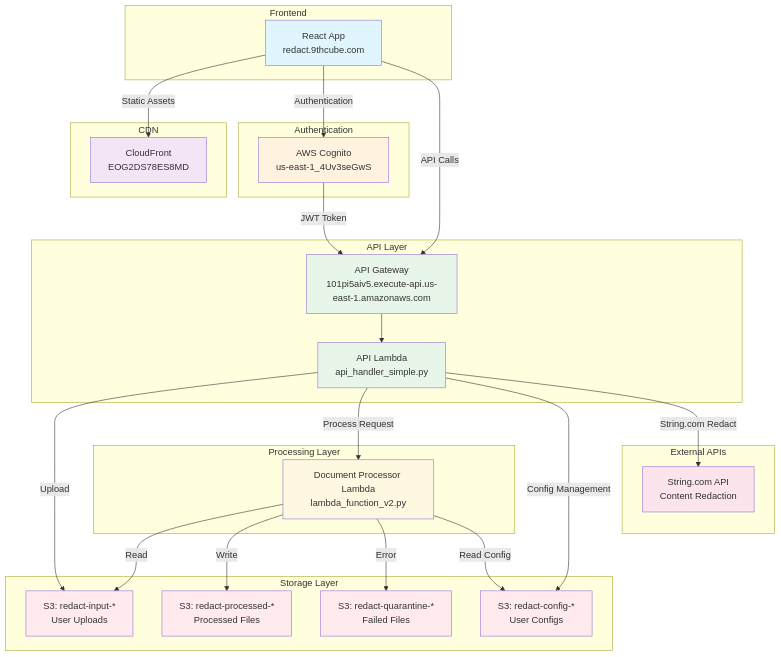
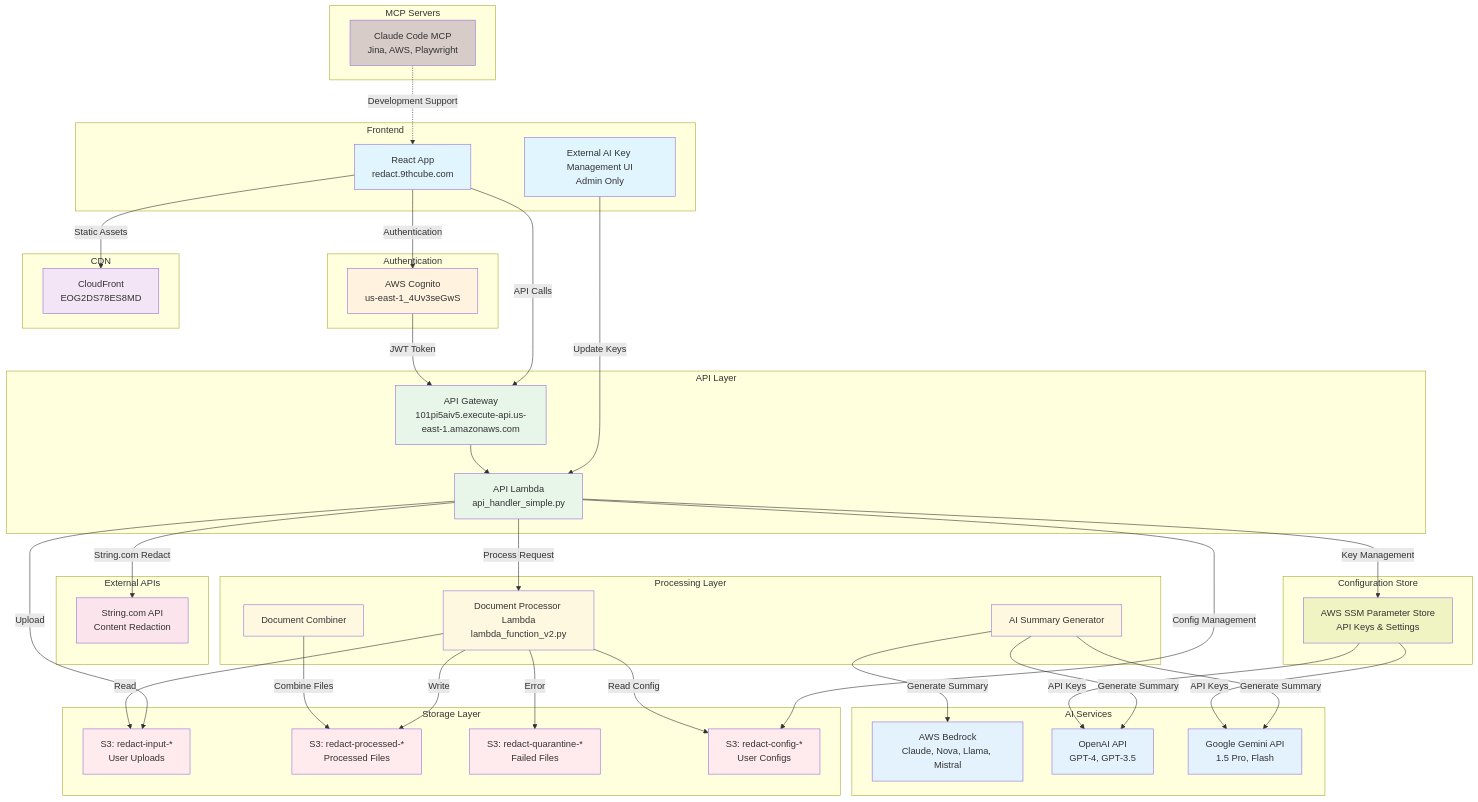
One commit to polcn/redact changed the diagram in architecture-diagram.mmd. Above: the diagram before and after it, drawn with Mermaid. The commit also changed 2 other files, not shown here.

Commit message:
feat: Update architecture diagrams with latest features
- Updated main architecture diagram to include:
  - External AI Key Management UI
  - AI Services (Bedrock, OpenAI, Gemini)
  - AWS SSM Parameter Store for secure key storage
  - MCP Servers for development support
  - AI Summary Generator and Document Combiner components

- Created detailed architecture diagram showing:
  - Complete user flow through all UI components
  - Detailed Lambda function components
  - All AI model options across providers
  - Security and configuration management
  - Monitoring and logging infrastructure
  - Development tools integration

- Updated README to reference both architecture diagrams

🤖 Generated with [Claude Code](https://claude.ai/code)

```diff
--- a/architecture-diagram.mmd
+++ b/architecture-diagram.mmd
@@ -1,58 +1,92 @@
 graph TB
     subgraph "Frontend"
         A[React App<br/>redact.9thcube.com]
+        A1[External AI Key Management UI<br/>Admin Only]
     end
     
     subgraph "Authentication"
         B[AWS Cognito<br/>us-east-1_4Uv3seGwS]
     end
     
     subgraph "CDN"
         C[CloudFront<br/>EOG2DS78ES8MD]
     end
     
     subgraph "API Layer"
         D[API Gateway<br/>101pi5aiv5.execute-api.us-east-1.amazonaws.com]
         E[API Lambda<br/>api_handler_simple.py]
     end
     
     subgraph "Processing Layer"
         F[Document Processor Lambda<br/>lambda_function_v2.py]
+        F1[AI Summary Generator]
+        F2[Document Combiner]
     end
     
     subgraph "Storage Layer"
         G[S3: redact-input-*<br/>User Uploads]
         H[S3: redact-processed-*<br/>Processed Files]
         I[S3: redact-quarantine-*<br/>Failed Files]
         J[S3: redact-config-*<br/>User Configs]
     end
     
+    subgraph "AI Services"
+        L[AWS Bedrock<br/>Claude, Nova, Llama, Mistral]
+        M[OpenAI API<br/>GPT-4, GPT-3.5]
+        N[Google Gemini API<br/>1.5 Pro, Flash]
+    end
+    
     subgraph "External APIs"
         K[String.com API<br/>Content Redaction]
+    end
+    
+    subgraph "Configuration Store"
+        O[AWS SSM Parameter Store<br/>API Keys & Settings]
+    end
+    
+    subgraph "MCP Servers"
+        P[Claude Code MCP<br/>Jina, AWS, Playwright]
     end
     
     A -->|Static Assets| C
     A -->|Authentication| B
     A -->|API Calls| D
+    A1 -->|Update Keys| E
     B -->|JWT Token| D
     D --> E
     E -->|Upload| G
     E -->|Process Request| F
     E -->|Config Management| J
     E -->|String.com Redact| K
+    E -->|Key Management| O
     F -->|Read| G
     F -->|Write| H
     F -->|Error| I
     F -->|Read Config| J
+    F1 -->|Generate Summary| L
+    F1 -->|Generate Summary| M
+    F1 -->|Generate Summary| N
+    F2 -->|Combine Files| H
+    O -->|API Keys| M
+    O -->|API Keys| N
+    P -.->|Development Support| A
     
     style A fill:#e1f5fe
+    style A1 fill:#e1f5fe
     style B fill:#fff3e0
     style C fill:#f3e5f5
     style D fill:#e8f5e9
     style E fill:#e8f5e9
     style F fill:#fff8e1
+    style F1 fill:#fff8e1
+    style F2 fill:#fff8e1
     style G fill:#ffebee
     style H fill:#ffebee
     style I fill:#ffebee
     style J fill:#ffebee
     style K fill:#fce4ec
+    style L fill:#e3f2fd
+    style M fill:#e3f2fd
+    style N fill:#e3f2fd
+    style O fill:#f0f4c3
+    style P fill:#d7ccc8
```
